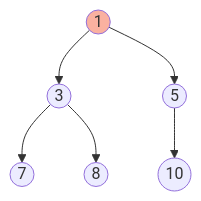
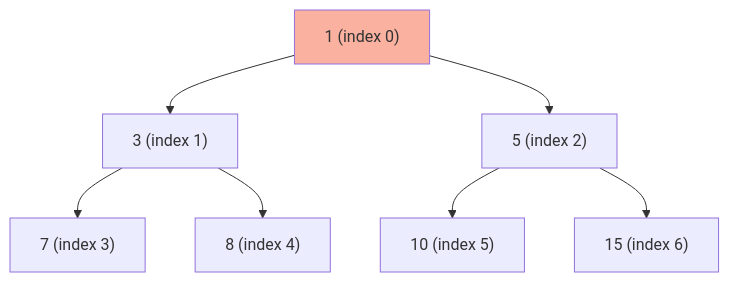
One commit to srinivasboini/interview-prep changed the diagram in algorithms/algorithms/09-heaps-and-priority-queues.md. Above: the diagram before and after it, drawn with Mermaid. The commit also changed other lines of this file and 50 other files, not shown here.

````diff
--- a/algorithms/algorithms/09-heaps-and-priority-queues.md
+++ b/algorithms/algorithms/09-heaps-and-priority-queues.md
@@ -39,10 +60,11 @@
 ```mermaid
 graph TD
-    A((1)) --> B((3))
-    A --> C((5))
-    B --> D((7))
-    B --> E((8))
-    C --> F((10))
+    A["1 (index 0)"] --> B["3 (index 1)"]
+    A --> C["5 (index 2)"]
+    B --> D["7 (index 3)"]
+    B --> E["8 (index 4)"]
+    C --> F["10 (index 5)"]
+    C --> G["15 (index 6)"]
     
     style A fill:#fab1a0
 ```
````
